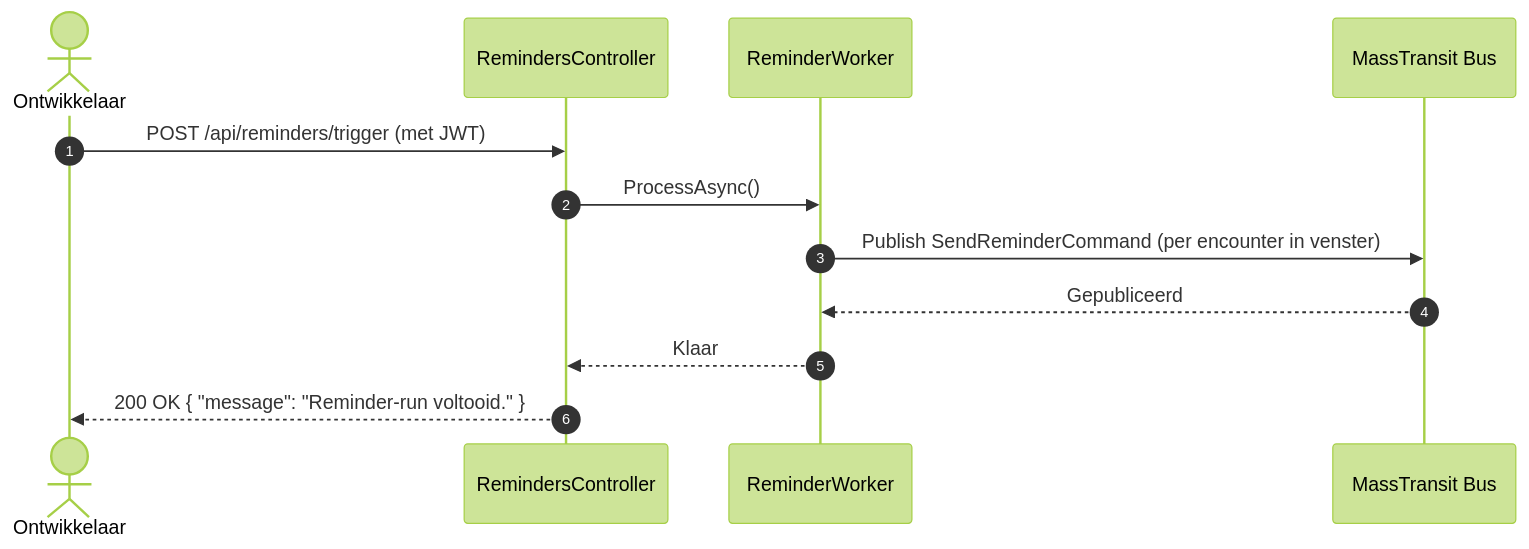
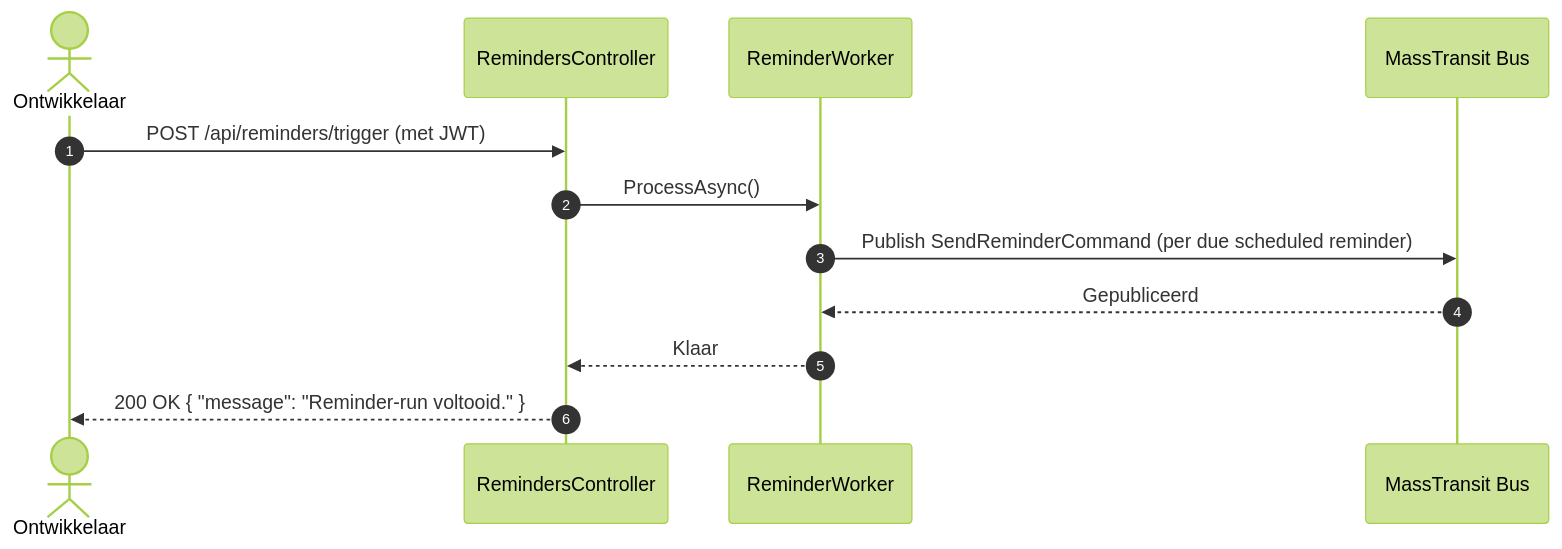
Before and after one commit to Rishyansyal/OpenMRSmoduleBackend: the second of 3 diagrams in docs/c4/04-reminder-process.md, drawn with Mermaid (forest theme). The commit also changed other lines of this file and 60 other files, not shown here.

````diff
--- a/docs/c4/04-reminder-process.md
+++ b/docs/c4/04-reminder-process.md
@@ -57,15 +62,15 @@
 ```mermaid
 sequenceDiagram
     autonumber
     actor Dev as Ontwikkelaar
     participant API as RemindersController
     participant W as ReminderWorker
     participant B as MassTransit Bus
 
     Dev->>API: POST /api/reminders/trigger (met JWT)
     API->>W: ProcessAsync()
-    W->>B: Publish SendReminderCommand (per encounter in venster)
+    W->>B: Publish SendReminderCommand (per due scheduled reminder)
     B-->>W: Gepubliceerd
     W-->>API: Klaar
     API-->>Dev: 200 OK { "message": "Reminder-run voltooid." }
 ```
````
